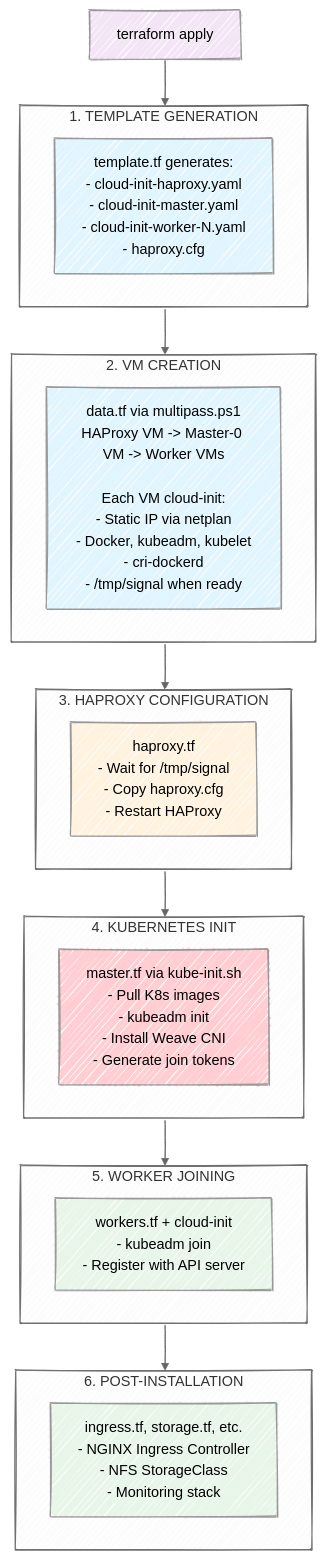
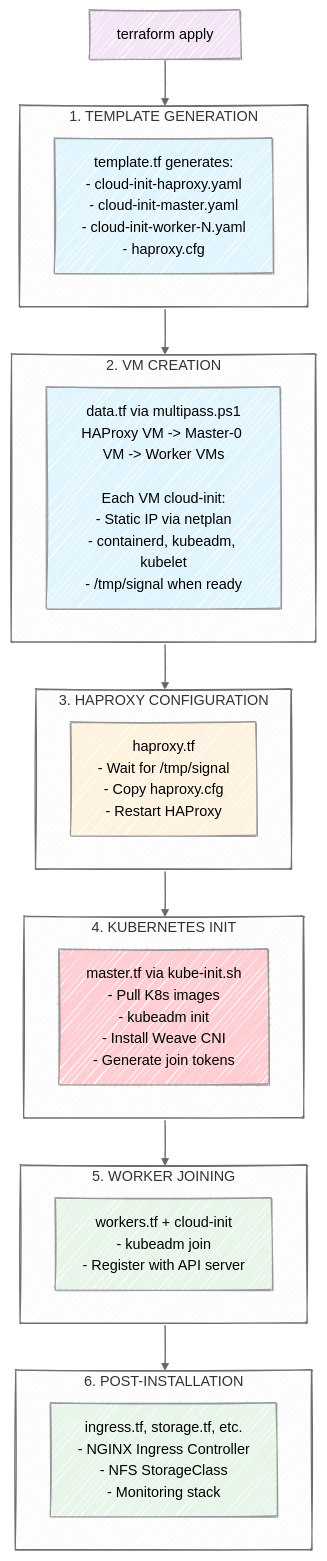
The fourth of 5 diagrams in local-k8s/docs/k8s-conf.md (kse-bd8338bbe006/lab-env-setup), drawn with Mermaid before and after one commit. The commit also changed other lines of this file, not shown here.

````diff
--- a/local-k8s/docs/k8s-conf.md
+++ b/local-k8s/docs/k8s-conf.md
@@ -239,39 +226,39 @@
 ```mermaid
 %%{init: {"look": "handDrawn", "theme": "neutral"}}%%
 flowchart TB
     TF["terraform apply"]
 
     subgraph S1["1. TEMPLATE GENERATION"]
         T1["template.tf generates:<br/>- cloud-init-haproxy.yaml<br/>- cloud-init-master.yaml<br/>- cloud-init-worker-N.yaml<br/>- haproxy.cfg"]
     end
 
     subgraph S2["2. VM CREATION"]
-        T2["data.tf via multipass.ps1<br/>HAProxy VM -> Master-0 VM -> Worker VMs<br/><br/>Each VM cloud-init:<br/>- Static IP via netplan<br/>- Docker, kubeadm, kubelet<br/>- cri-dockerd<br/>- /tmp/signal when ready"]
+        T2["data.tf via multipass.ps1<br/>HAProxy VM -> Master-0 VM -> Worker VMs<br/><br/>Each VM cloud-init:<br/>- Static IP via netplan<br/>- containerd, kubeadm, kubelet<br/>- /tmp/signal when ready"]
     end
 
     subgraph S3["3. HAPROXY CONFIGURATION"]
         T3["haproxy.tf<br/>- Wait for /tmp/signal<br/>- Copy haproxy.cfg<br/>- Restart HAProxy"]
     end
 
     subgraph S4["4. KUBERNETES INIT"]
         T4["master.tf via kube-init.sh<br/>- Pull K8s images<br/>- kubeadm init<br/>- Install Weave CNI<br/>- Generate join tokens"]
     end
 
     subgraph S5["5. WORKER JOINING"]
         T5["workers.tf + cloud-init<br/>- kubeadm join<br/>- Register with API server"]
     end
 
     subgraph S6["6. POST-INSTALLATION"]
         T6["ingress.tf, storage.tf, etc.<br/>- NGINX Ingress Controller<br/>- NFS StorageClass<br/>- Monitoring stack"]
     end
 
     TF --> S1 --> S2 --> S3 --> S4 --> S5 --> S6
 
     style TF fill:#f3e5f5
     style T1 fill:#e1f5fe
     style T2 fill:#e1f5fe
     style T3 fill:#fff3e0
     style T4 fill:#ffcdd2
     style T5 fill:#e8f5e9
     style T6 fill:#e8f5e9
 ```
````
